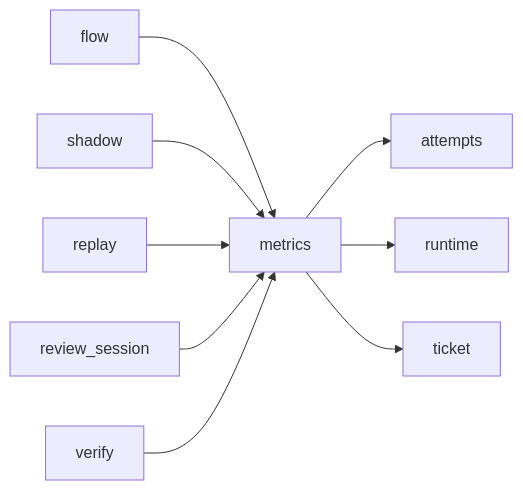
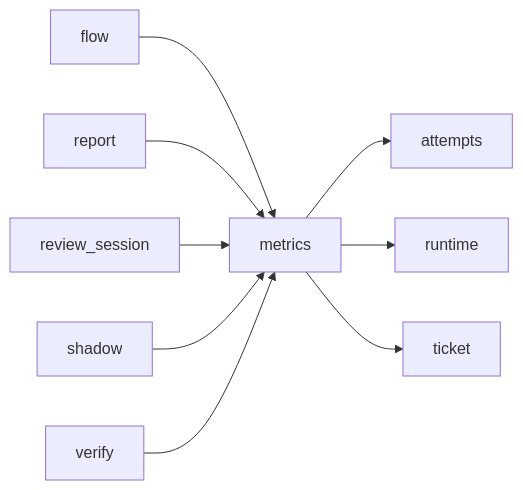
Before and after one commit to plaplanche/ariane: the diagram in docs/architecture/modules/metrics.md, drawn with Mermaid. The commit also changed other lines of this file and 33 other files, not shown here.

Commit message:
#120: Generate the module dependency graphs of the architecture docs from the code (C25)

````diff
--- a/docs/architecture/modules/metrics.md
+++ b/docs/architecture/modules/metrics.md
@@ -18,11 +19,11 @@
 ```mermaid
 flowchart LR
+  flow --> metrics
   metrics --> attempts
   metrics --> runtime
   metrics --> ticket
-  flow --> metrics
+  report --> metrics
+  review_session --> metrics
   shadow --> metrics
-  replay --> metrics
-  review_session --> metrics
   verify --> metrics
 ```
````
